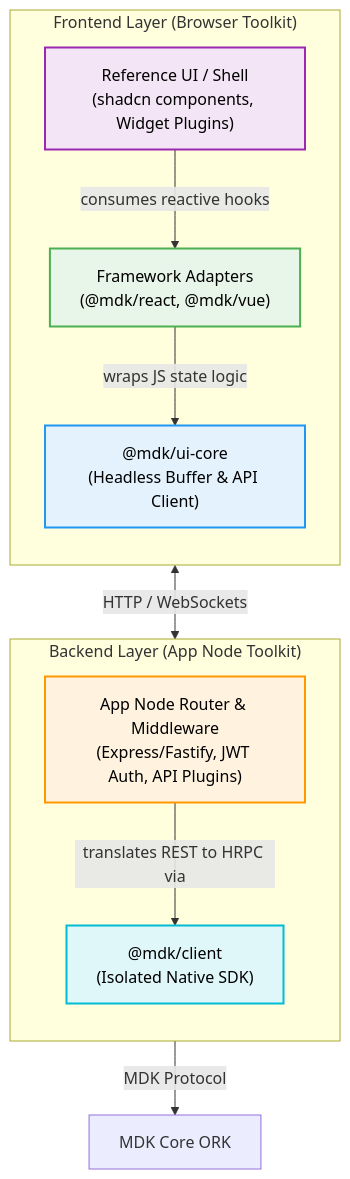
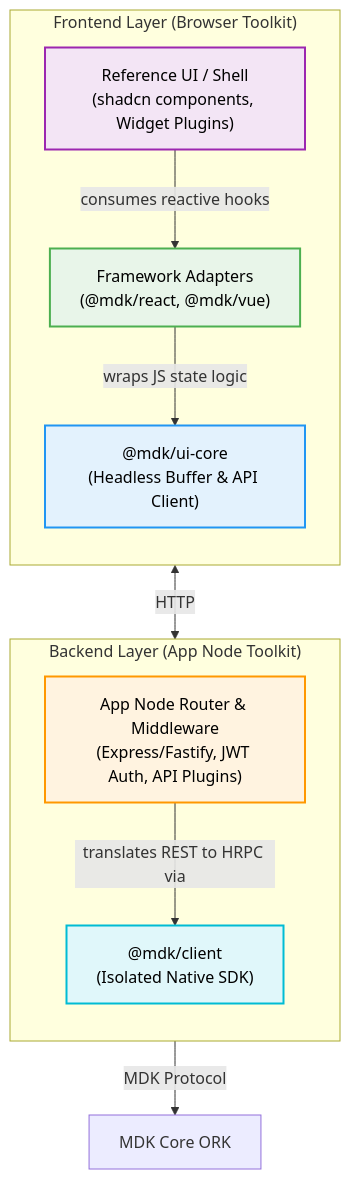
The diagram in docs/hld-mdk-app.md (Gio-Galt/mdk-be), drawn with Mermaid before and after one commit. The commit also changed other lines of this file and 1 other file, not shown here.

````diff
--- a/docs/hld-mdk-app.md
+++ b/docs/hld-mdk-app.md
@@ -101,29 +101,29 @@
 ```mermaid
 flowchart TD
     subgraph "Frontend Layer (Browser Toolkit)"
         direction TB
         UI_COMPS["Reference UI / Shell<br/>(shadcn components, Widget Plugins)"]
         FRAMEWORKS["Framework Adapters<br/>(@mdk/react, @mdk/vue)"]
         UI_CORE["@mdk/ui-core<br/>(Headless Buffer & API Client)"]
         
         UI_COMPS -->|"consumes reactive hooks"| FRAMEWORKS
         FRAMEWORKS -->|"wraps JS state logic"| UI_CORE
     end
 
     subgraph "Backend Layer (App Node Toolkit)"
         direction TB
         ROUTER["App Node Router & Middleware<br/>(Express/Fastify, JWT Auth, API Plugins)"]
         CLIENT["@mdk/client<br/>(Isolated Native SDK)"]
         
         ROUTER -->|"translates REST to HRPC via"| CLIENT
     end
     
-    UI_CORE <-->|"HTTP / WebSockets"| ROUTER
+    UI_CORE <-->|"HTTP"| ROUTER
     CLIENT -->|"MDK Protocol"| ORK[MDK Core ORK]
     
     style UI_COMPS fill:#f3e5f5,stroke:#9c27b0,stroke-width:2px,color:#000
     style FRAMEWORKS fill:#e8f5e9,stroke:#4caf50,stroke-width:2px,color:#000
     style UI_CORE fill:#e3f2fd,stroke:#2196f3,stroke-width:2px,color:#000
     style ROUTER fill:#fff3e0,stroke:#ff9800,stroke-width:2px,color:#000
     style CLIENT fill:#e0f7fa,stroke:#00bcd4,stroke-width:2px,color:#000
 ```
````
